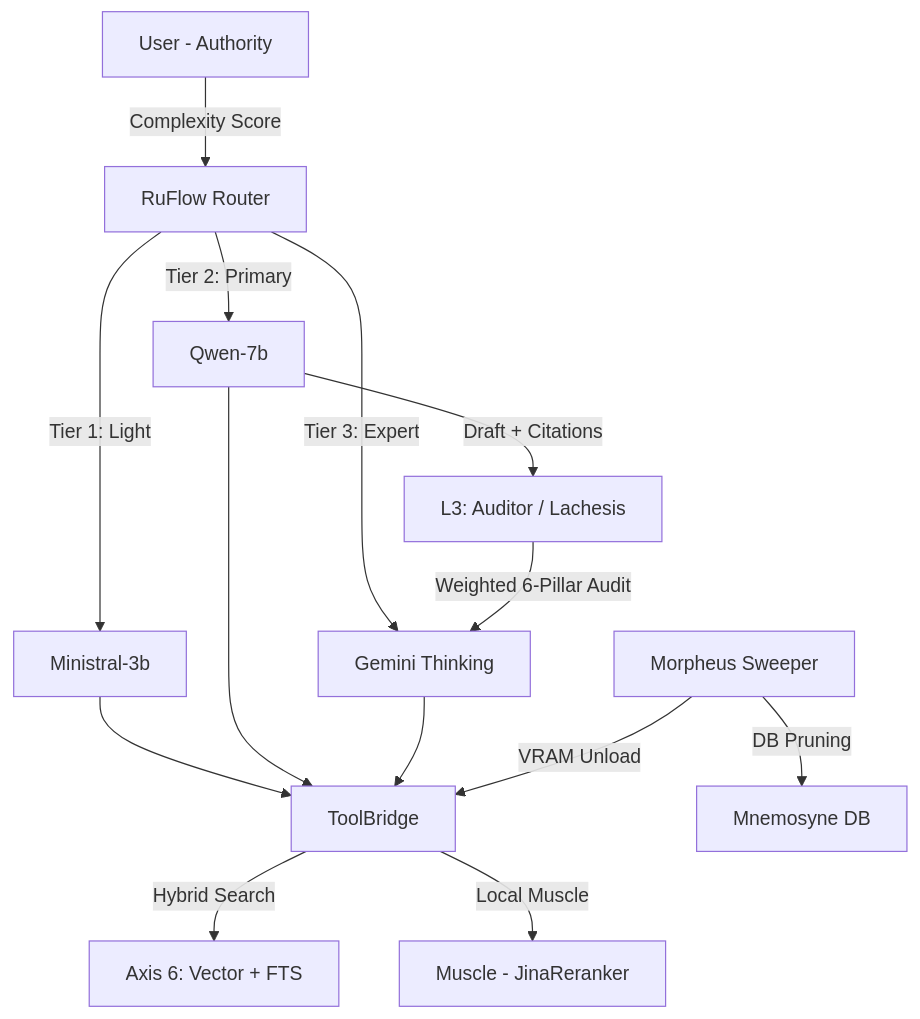
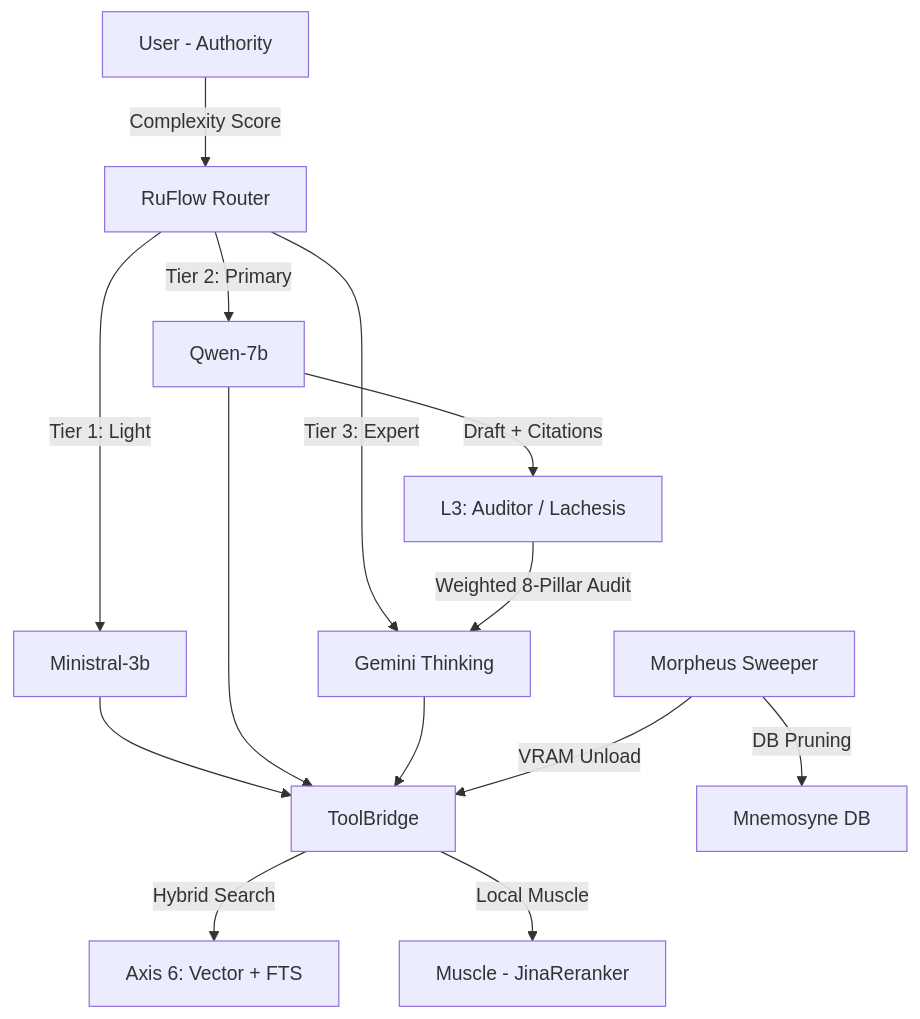
One commit to siliconstencil/PhantomLogos changed the diagram in docs/chunk/.Hank/pure_sys_upgrade.md. Above: the diagram before and after it, drawn with Mermaid. The commit also changed other lines of this file and 287 other files, not shown here.

````diff
--- a/docs/chunk/.Hank/pure_sys_upgrade.md
+++ b/docs/chunk/.Hank/pure_sys_upgrade.md
@@ -13,20 +13,20 @@
 ```mermaid
 graph TD
     L0[User - Authority] -->|Complexity Score| ROUTER[RuFlow Router]
     ROUTER -->|Tier 1: Light| L2_MINI[Ministral-3b]
     ROUTER -->|Tier 2: Primary| L2_QWEN[Qwen-7b]
     ROUTER -->|Tier 3: Expert| L1_GEMINI[Gemini Thinking]
-    
+
     L2_MINI --> TB[ToolBridge]
     L2_QWEN --> TB
     L1_GEMINI --> TB
-    
+
     TB -->|Hybrid Search| A6[Axis 6: Vector + FTS]
     TB -->|Local Muscle| JR[Muscle - JinaReranker]
-    
+
     L2_QWEN -->|Draft + Citations| L3[L3: Auditor / Lachesis]
-    L3 -->|Weighted 6-Pillar Audit| L1_GEMINI
-    
+    L3 -->|Weighted 8-Pillar Audit| L1_GEMINI
+
     MORP[Morpheus Sweeper] -->|VRAM Unload| TB
     MORP -->|DB Pruning| M[Mnemosyne DB]
 ```
````
